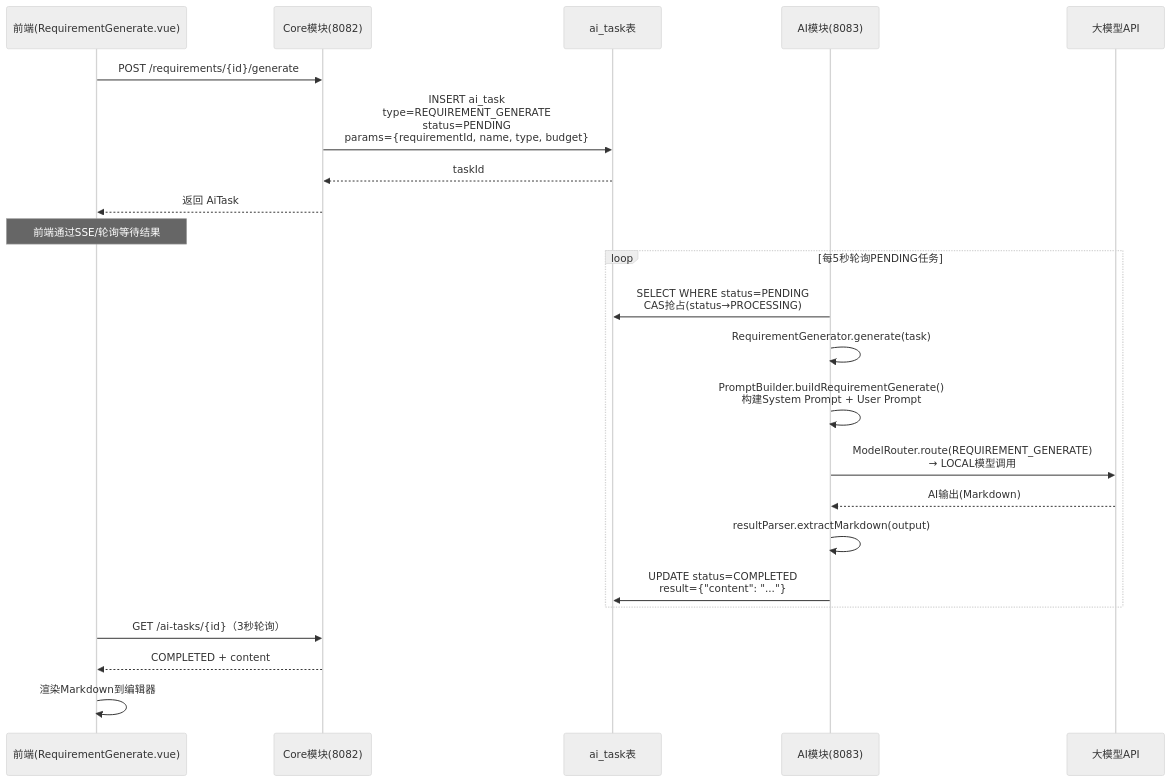
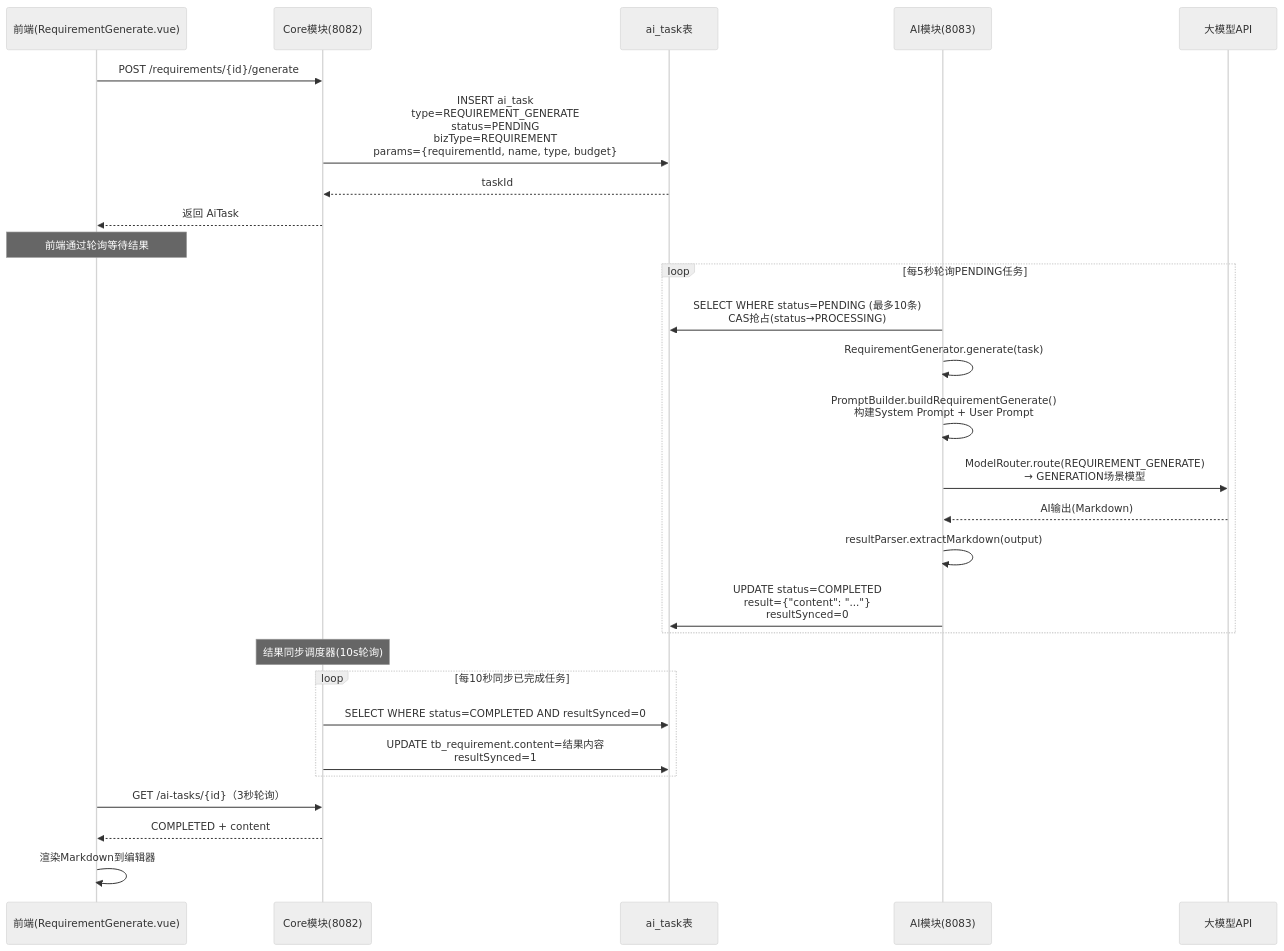
The sixth of 20 diagrams in docs/projects/业务需求编制到招标文件完成-业务流程梳理.md (DrunkFood/First), drawn with Mermaid (neutral theme) before and after one commit. The commit also changed other lines of this file and 30 other files, not shown here.

````diff
--- a/docs/projects/业务需求编制到招标文件完成-业务流程梳理.md
+++ b/docs/projects/业务需求编制到招标文件完成-业务流程梳理.md
@@ -244,29 +237,35 @@
 ```mermaid
 sequenceDiagram
     participant 前端 as 前端(RequirementGenerate.vue)
     participant Core as Core模块(8082)
     participant DB as ai_task表
     participant AI as AI模块(8083)
     participant Model as 大模型API
 
     前端->>Core: POST /requirements/{id}/generate
-    Core->>DB: INSERT ai_task<br/>type=REQUIREMENT_GENERATE<br/>status=PENDING<br/>params={requirementId, name, type, budget}
+    Core->>DB: INSERT ai_task<br/>type=REQUIREMENT_GENERATE<br/>status=PENDING<br/>bizType=REQUIREMENT<br/>params={requirementId, name, type, budget}
     DB-->>Core: taskId
     Core-->>前端: 返回 AiTask
 
-    Note over 前端: 前端通过SSE/轮询等待结果
+    Note over 前端: 前端通过轮询等待结果
 
     loop 每5秒轮询PENDING任务
-        AI->>DB: SELECT WHERE status=PENDING<br/>CAS抢占(status→PROCESSING)
+        AI->>DB: SELECT WHERE status=PENDING (最多10条)<br/>CAS抢占(status→PROCESSING)
         AI->>AI: RequirementGenerator.generate(task)
         AI->>AI: PromptBuilder.buildRequirementGenerate()<br/>构建System Prompt + User Prompt
-        AI->>Model: ModelRouter.route(REQUIREMENT_GENERATE)<br/>→ LOCAL模型调用
+        AI->>Model: ModelRouter.route(REQUIREMENT_GENERATE)<br/>→ GENERATION场景模型
         Model-->>AI: AI输出(Markdown)
         AI->>AI: resultParser.extractMarkdown(output)
-        AI->>DB: UPDATE status=COMPLETED<br/>result={"content": "..."}
+        AI->>DB: UPDATE status=COMPLETED<br/>result={"content": "..."}<br/>resultSynced=0
+    end
+
+    Note over Core: 结果同步调度器(10s轮询)
+    loop 每10秒同步已完成任务
+        Core->>DB: SELECT WHERE status=COMPLETED AND resultSynced=0
+        Core->>DB: UPDATE tb_requirement.content=结果内容<br/>resultSynced=1
     end
 
     前端->>Core: GET /ai-tasks/{id}（3秒轮询）
     Core-->>前端: COMPLETED + content
     前端->>前端: 渲染Markdown到编辑器
 ```
````
